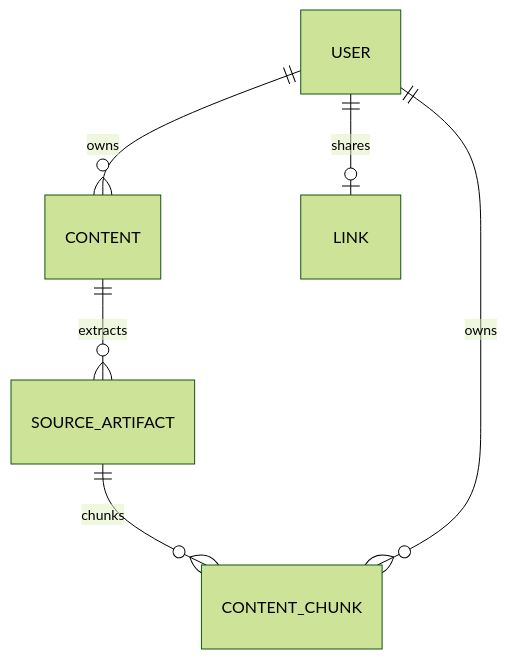
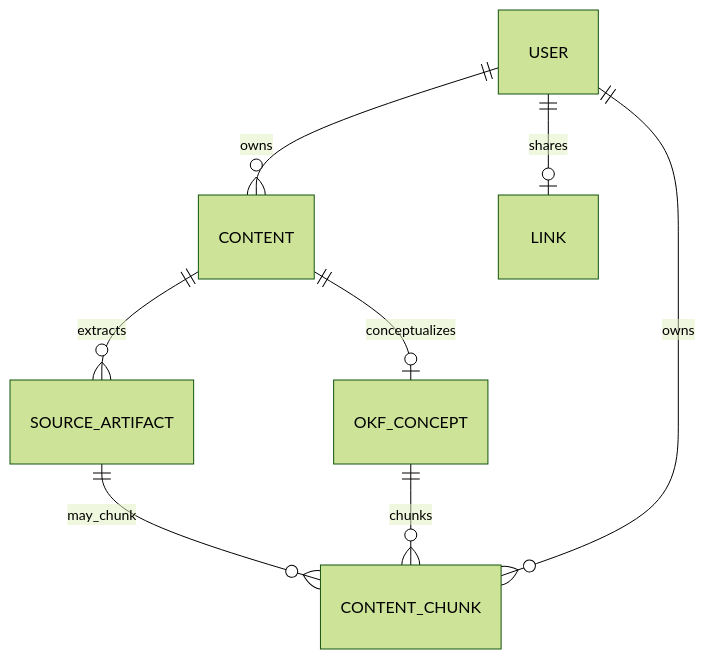
Before and after one commit to ANUKOOL324/Concious: the fourth of 4 diagrams in README.md, drawn with Mermaid (forest theme). The commit also changed other lines of this file and 1 other file, not shown here.

````diff
--- a/README.md
+++ b/README.md
@@ -118,8 +243,10 @@
 ```mermaid
 erDiagram
   USER ||--o{ CONTENT : owns
   CONTENT ||--o{ SOURCE_ARTIFACT : extracts
-  SOURCE_ARTIFACT ||--o{ CONTENT_CHUNK : chunks
+  CONTENT ||--o| OKF_CONCEPT : conceptualizes
+  SOURCE_ARTIFACT ||--o{ CONTENT_CHUNK : may_chunk
+  OKF_CONCEPT ||--o{ CONTENT_CHUNK : chunks
   USER ||--o{ CONTENT_CHUNK : owns
   USER ||--o| LINK : shares
 ```
````
